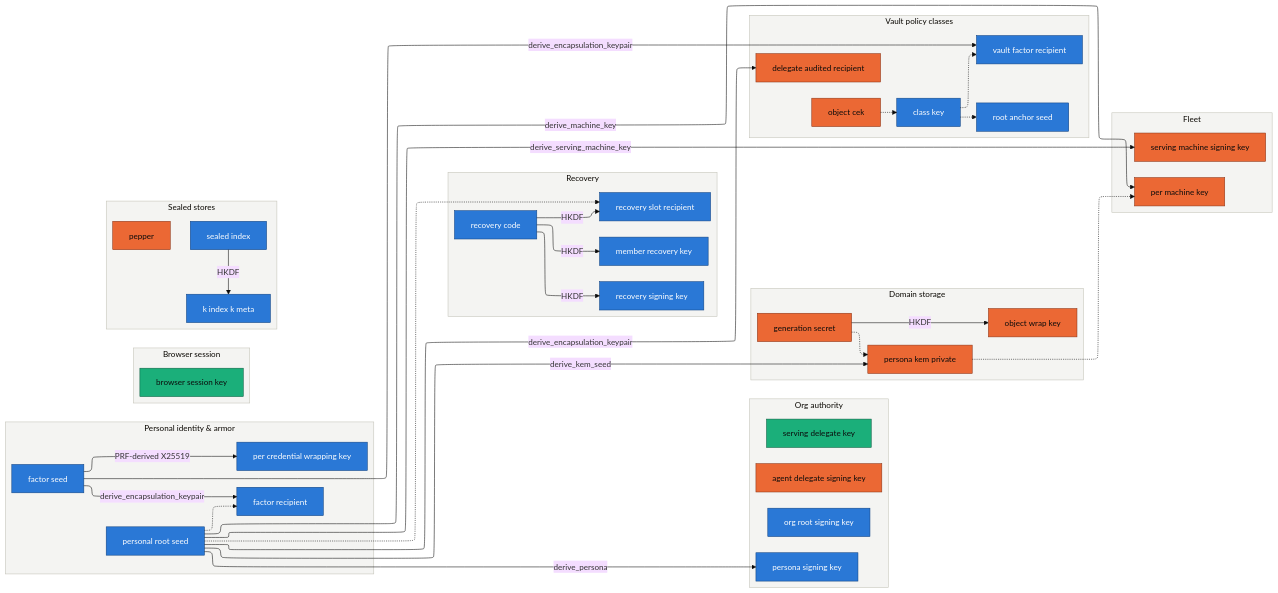
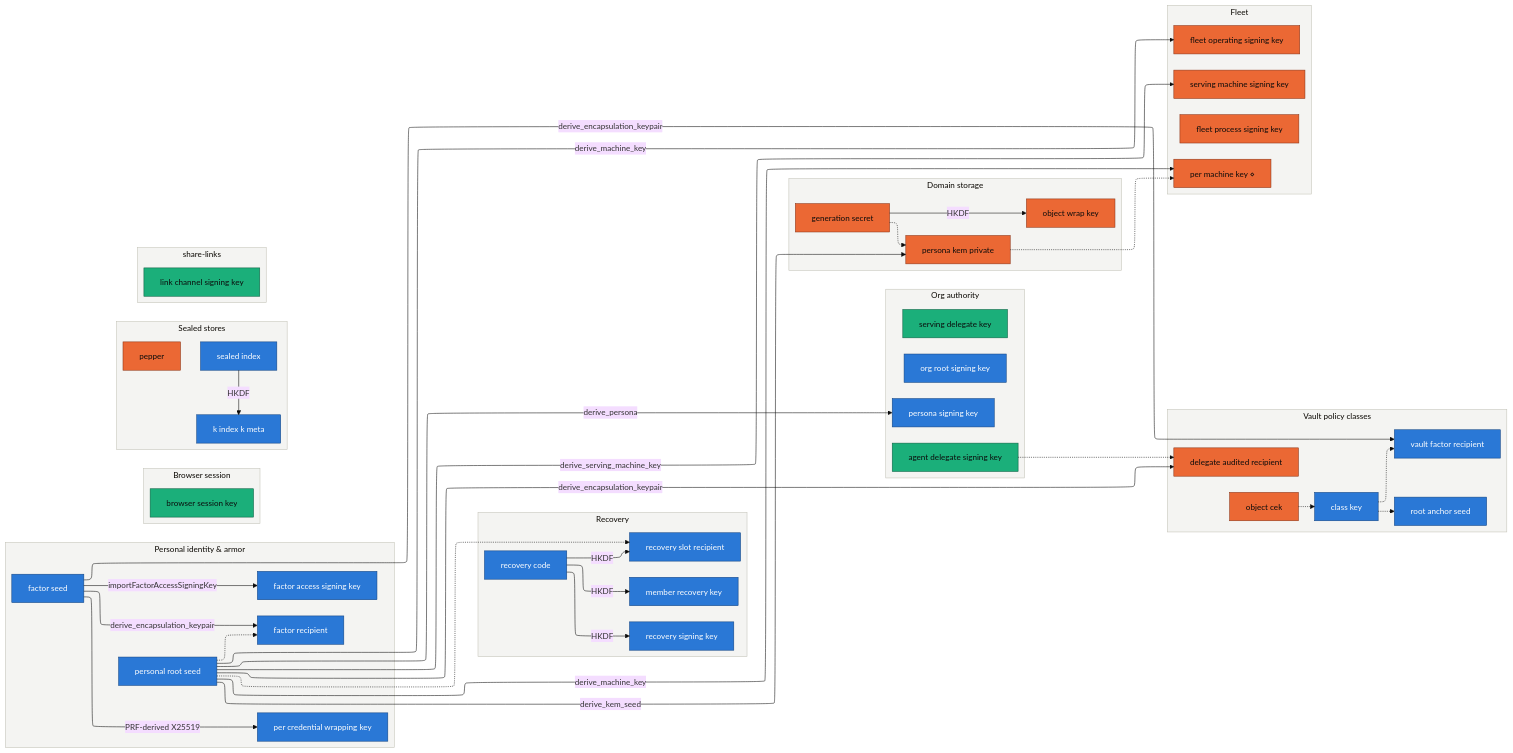
One commit to auto-network/autonomy changed the diagram in tools/network/keyreg/generated/key-graph.mmd. Above: the diagram before and after it, drawn with Mermaid. The commit also changed 9 other files, not shown here.

```diff
--- a/tools/network/keyreg/generated/key-graph.mmd
+++ b/tools/network/keyreg/generated/key-graph.mmd
@@ -1,82 +1,92 @@
 %%{init: {"theme": "base", "flowchart": {"defaultRenderer": "elk", "nodeSpacing": 26, "rankSpacing": 42, "curve": "basis", "useMaxWidth": false}, "themeVariables": {"fontSize": "15px", "clusterBkg": "#f4f4f2", "clusterBorder": "#c3c2b7"}}}%%
 graph LR
     %% Generated from registry.yaml by gen.py — do not edit by hand.
     %% Clusters are the registry's group field (one subsystem each).
     %% Solid arrows: derivation (parent to child). Dashed arrows: the
     %% key's material is sealed to the recipient key. Node color is
     %% custody class: blue cold, orange memory, green disk. A diamond
     %% marks a design-only key. Prose seals remain in the register.
     classDef cold fill:#2a78d6,color:#ffffff,stroke:#104281,stroke-width:1px
     classDef memory fill:#eb6834,color:#0b0b0b,stroke:#8a3315,stroke-width:1px
     classDef disk fill:#1baf7a,color:#0b0b0b,stroke:#0b5e41,stroke-width:1px
     classDef public fill:#eda100,color:#0b0b0b,stroke:#7a5300,stroke-width:1px
     subgraph identity_armor["Personal identity & armor"]
         direction TB
+        factor_access_signing_key["factor access signing key"]:::cold
         factor_recipient["factor recipient"]:::cold
         factor_seed["factor seed"]:::cold
         per_credential_wrapping_key["per credential wrapping key"]:::cold
         personal_root_seed["personal root seed"]:::cold
     end
     subgraph browser["Browser session"]
         direction TB
         browser_session_key["browser session key"]:::disk
     end
     subgraph recovery["Recovery"]
         direction TB
         member_recovery_key["member recovery key"]:::cold
         recovery_code["recovery code"]:::cold
         recovery_signing_key["recovery signing key"]:::cold
         recovery_slot_recipient["recovery slot recipient"]:::cold
     end
     subgraph org_authority["Org authority"]
         direction TB
-        agent_delegate_signing_key["agent delegate signing key"]:::memory
+        agent_delegate_signing_key["agent delegate signing key"]:::disk
         org_root_signing_key["org root signing key"]:::cold
         persona_signing_key["persona signing key"]:::cold
         serving_delegate_key["serving delegate key"]:::disk
     end
     subgraph domain_storage["Domain storage"]
         direction TB
         generation_secret["generation secret"]:::memory
         object_wrap_key["object wrap key"]:::memory
         persona_kem_private["persona kem private"]:::memory
     end
     subgraph vault_classes["Vault policy classes"]
         direction TB
         class_key["class key"]:::cold
         delegate_audited_recipient["delegate audited recipient"]:::memory
         object_cek["object cek"]:::memory
         root_anchor_seed["root anchor seed"]:::cold
         vault_factor_recipient["vault factor recipient"]:::cold
     end
     subgraph sealed_stores["Sealed stores"]
         direction TB
         k_index_k_meta["k index k meta"]:::cold
         pepper["pepper"]:::memory
         sealed_index["sealed index"]:::cold
     end
     subgraph fleet["Fleet"]
         direction TB
-        per_machine_key["per machine key"]:::memory
+        fleet_operating_signing_key["fleet operating signing key"]:::memory
+        fleet_process_signing_key["fleet process signing key"]:::memory
+        per_machine_key["per machine key ⋄"]:::memory
         serving_machine_signing_key["serving machine signing key"]:::memory
     end
+    subgraph share_links["share-links"]
+        direction TB
+        link_channel_signing_key["link channel signing key"]:::disk
+    end
     personal_root_seed -->|derive_encapsulation_keypair| delegate_audited_recipient
+    factor_seed -->|importFactorAccessSigningKey| factor_access_signing_key
     factor_seed -->|derive_encapsulation_keypair| factor_recipient
+    personal_root_seed -->|derive_machine_key| fleet_operating_signing_key
     sealed_index -->|HKDF| k_index_k_meta
     recovery_code -->|HKDF| member_recovery_key
     generation_secret -->|HKDF| object_wrap_key
     factor_seed -->|PRF-derived X25519| per_credential_wrapping_key
     personal_root_seed -->|derive_machine_key| per_machine_key
     personal_root_seed -->|derive_kem_seed| persona_kem_private
     personal_root_seed -->|derive_persona| persona_signing_key
     recovery_code -->|HKDF| recovery_signing_key
     recovery_code -->|HKDF| recovery_slot_recipient
     personal_root_seed -->|derive_serving_machine_key| serving_machine_signing_key
     factor_seed -->|derive_encapsulation_keypair| vault_factor_recipient
+    agent_delegate_signing_key -.-> delegate_audited_recipient
     class_key -.-> vault_factor_recipient
     class_key -.-> root_anchor_seed
     generation_secret -.-> persona_kem_private
     object_cek -.-> class_key
     persona_kem_private -.-> per_machine_key
     personal_root_seed -.-> factor_recipient
     personal_root_seed -.-> recovery_slot_recipient
```
